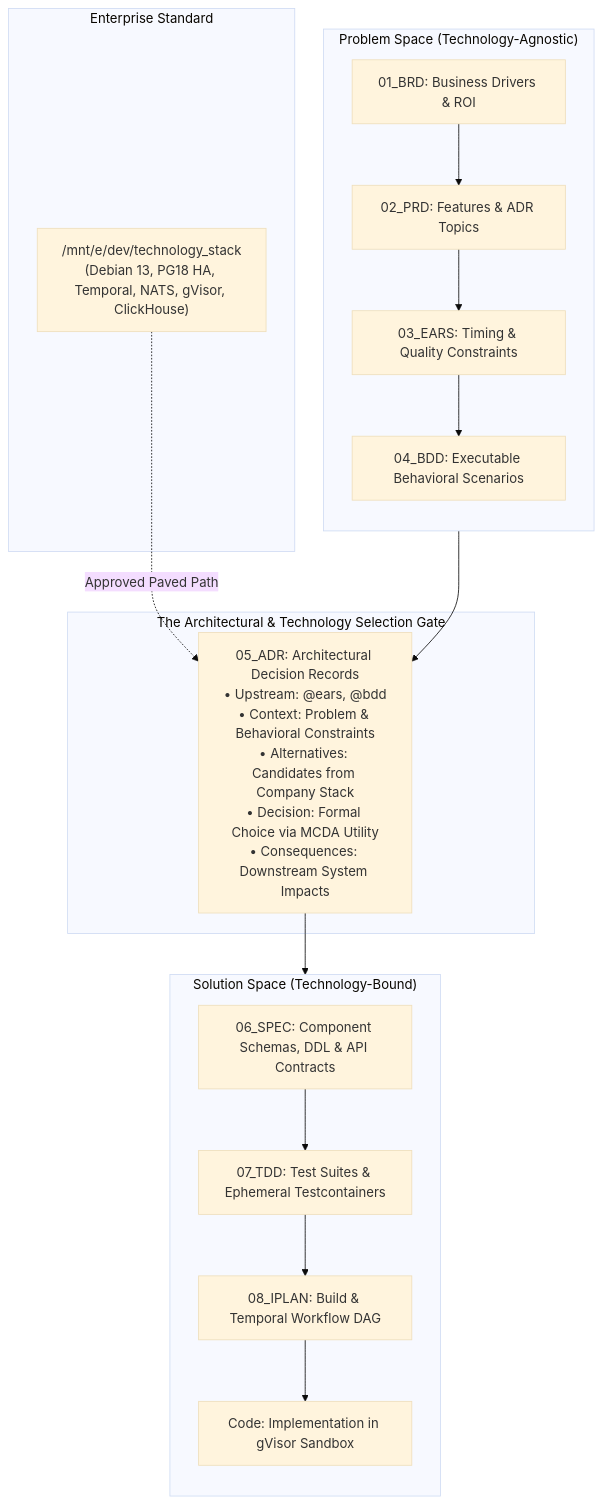
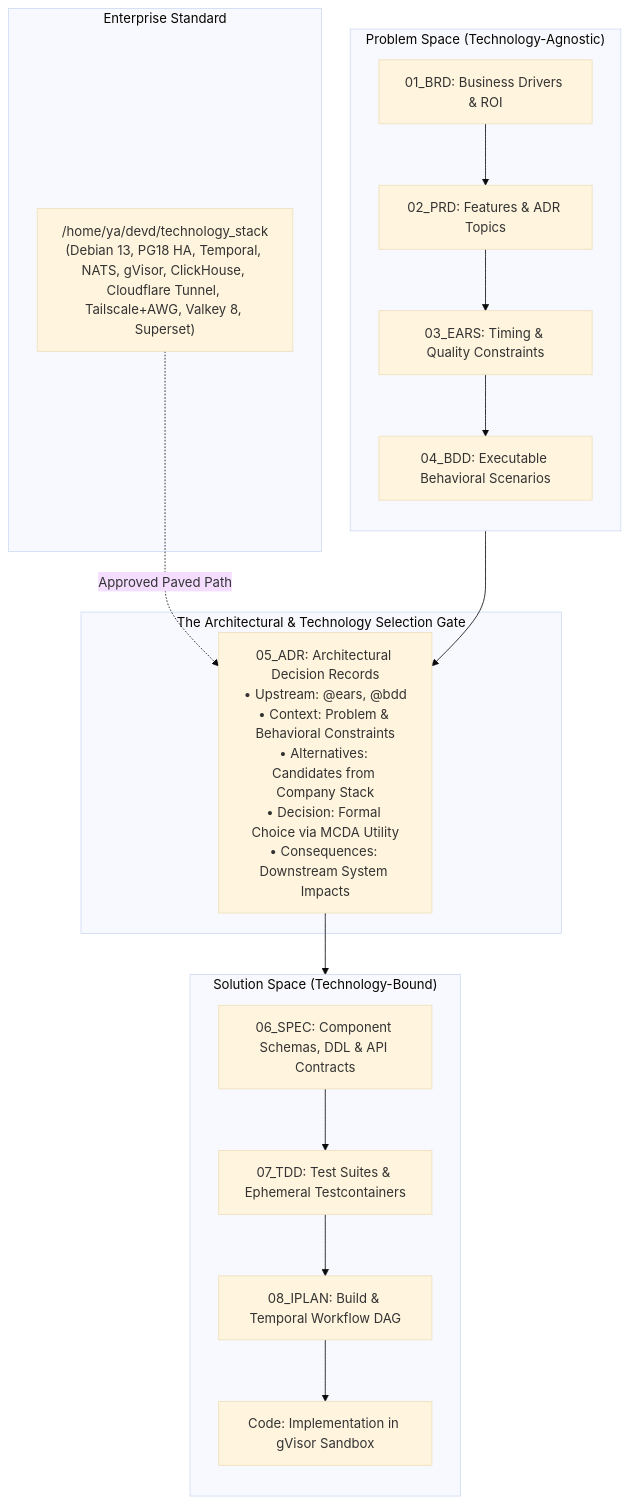
The diagram in framework/governance/RECOMMENDED_PLATFORM_STACK.md (vladm3105/aidoc-flow-framework), drawn with Mermaid (base theme) before and after one commit. The commit also changed other lines of this file and 182 other files, not shown here.

````diff
--- a/framework/governance/RECOMMENDED_PLATFORM_STACK.md
+++ b/framework/governance/RECOMMENDED_PLATFORM_STACK.md
@@ -112,32 +140,32 @@
 ```mermaid
 flowchart TD
     subgraph PROBLEM_SPACE["Problem Space (Technology-Agnostic)"]
         direction TB
         BRD["01_BRD: Business Drivers & ROI"]
         PRD["02_PRD: Features & ADR Topics"]
         EARS["03_EARS: Timing & Quality Constraints"]
         BDD["04_BDD: Executable Behavioral Scenarios"]
         BRD --> PRD --> EARS --> BDD
     end
 
     subgraph ENTERPRISE_GOVERNANCE["Enterprise Standard"]
-        STACK["/mnt/e/dev/technology_stack<br/>(Debian 13, PG18 HA, Temporal, NATS, gVisor, ClickHouse)"]
+        STACK["/home/ya/devd/technology_stack<br/>(Debian 13, PG18 HA, Temporal, NATS, gVisor, ClickHouse, Cloudflare Tunnel, Tailscale+AWG, Valkey 8, Superset)"]
     end
 
     subgraph SELECTION_GATE["The Architectural & Technology Selection Gate"]
         ADR["05_ADR: Architectural Decision Records<br/>• Upstream: @ears, @bdd<br/>• Context: Problem & Behavioral Constraints<br/>• Alternatives: Candidates from Company Stack<br/>• Decision: Formal Choice via MCDA Utility<br/>• Consequences: Downstream System Impacts"]
     end
 
     subgraph SOLUTION_SPACE["Solution Space (Technology-Bound)"]
         direction TB
         SPEC["06_SPEC: Component Schemas, DDL & API Contracts"]
         TDD["07_TDD: Test Suites & Ephemeral Testcontainers"]
         IPLAN["08_IPLAN: Build & Temporal Workflow DAG"]
         CODE["Code: Implementation in gVisor Sandbox"]
         SPEC --> TDD --> IPLAN --> CODE
     end
 
     BDD --> ADR
     STACK -.->|Approved Paved Path| ADR
     ADR --> SPEC
 ```
````
